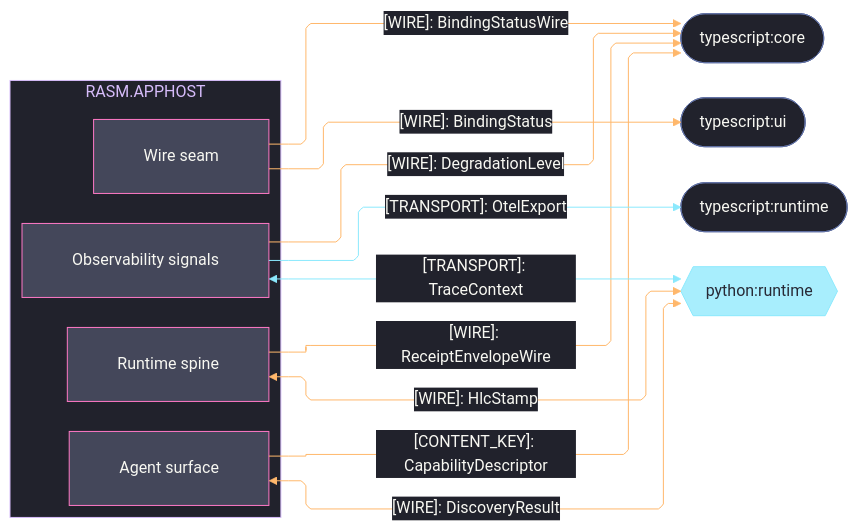
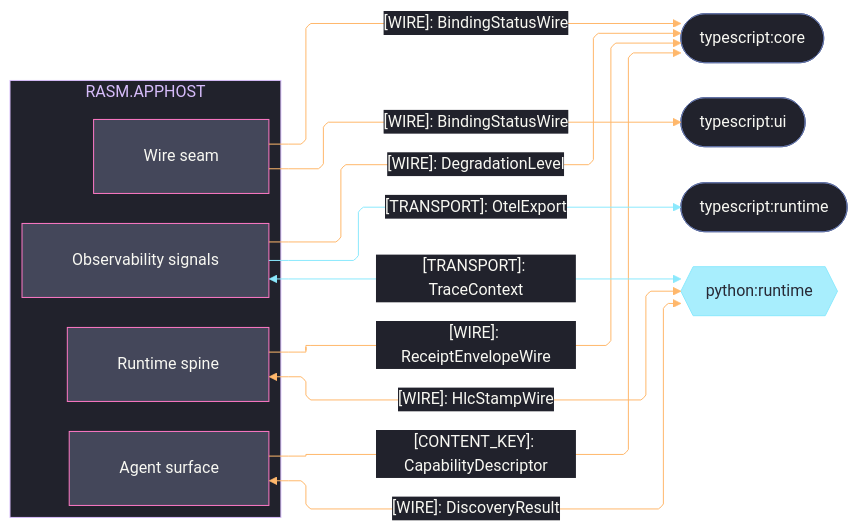
One commit to bsamiee/Rasm changed the second of 4 diagrams in libs/csharp/Rasm.AppHost/ARCHITECTURE.md. Above: the diagram before and after it, drawn with Mermaid. The commit also changed other lines of this file and 24 other files, not shown here.

Commit message:
architecture: seam registries + codemaps aligned across the estate (worker fabric edges, scene rows, csharp/ts seam mirrors)

````diff
--- a/libs/csharp/Rasm.AppHost/ARCHITECTURE.md
+++ b/libs/csharp/Rasm.AppHost/ARCHITECTURE.md
@@ -53,60 +136,60 @@
 ```mermaid
 ---
 config:
   theme: base
   look: classic
   layout: elk
   flowchart:
     curve: linear
     padding: 25
   themeVariables:
     darkMode: true
     fontFamily: "SF Mono, Menlo, Cascadia Mono, Segoe UI Mono, Consolas, monospace"
     useGradient: false
     dropShadow: "none"
     background: "#282A36"
     primaryColor: "#44475A"
     primaryTextColor: "#F8F8F2"
     primaryBorderColor: "#BD93F9"
     lineColor: "#FF79C6"
     textColor: "#F8F8F2"
     clusterBkg: "#21222C"
     clusterBorder: "#D6BCFA"
     edgeLabelBackground: "#21222C"
     labelBackgroundColor: "#21222C"
     titleColor: "#D6BCFA"
   themeCSS: ".nodeLabel{font-size:13px;font-weight:500}.edgeLabel{font-size:12px;font-weight:500}.cluster-label .nodeLabel{font-size:13.5px;font-weight:700;letter-spacing:.08em}.edge-thickness-normal{stroke-width:2px}.edge-thickness-thick{stroke-width:3px}.edge-pattern-dashed,.edge-pattern-dotted{stroke-width:1.5px;stroke-dasharray:4 6}.node rect,.node circle,.node polygon,.node path,.node .outer-path{stroke-width:1.5px;filter:none!important}.cluster rect{stroke-width:1px!important;stroke-dasharray:5 4!important;filter:none!important}.marker path{transform:scale(.8);transform-origin:5px 5px}.marker circle{transform:scale(.48);transform-origin:5px 5px}.edgeLabel rect{transform-box:fill-box;transform-origin:center;transform:scale(1.1,1.2)}"
 ---
 flowchart LR
     accTitle: AppHost cross-runtime wire seams
     accDescr: AppHost sub-domain owners exchanging kinded wires, content keys, and transport with the TypeScript core, ui, and runtime packages and the Python runtime, edge rails colored by kind and nodes classed by seam direction.
     subgraph apphost[RASM.APPHOST]
         Agent[Agent surface]
         Runtime[Runtime spine]
         Wire[Wire seam]
         Observability[Observability signals]
     end
     Core([typescript:core])
     Ui([typescript:ui])
     TsRuntime([typescript:runtime])
     PyRuntime{{python:runtime}}
     Agent e1@-->|"[CONTENT_KEY]: CapabilityDescriptor"| Core
     Runtime e2@-->|"[WIRE]: ReceiptEnvelopeWire"| Core
     Observability e3@-->|"[WIRE]: DegradationLevel"| Core
     Wire e4@-->|"[WIRE]: BindingStatusWire"| Core
-    Wire e5@-->|"[WIRE]: BindingStatus"| Ui
+    Wire e5@-->|"[WIRE]: BindingStatusWire"| Ui
     Observability e6@-->|"[TRANSPORT]: OtelExport"| TsRuntime
     Agent e7@<-->|"[WIRE]: DiscoveryResult"| PyRuntime
     Observability e8@<-->|"[TRANSPORT]: TraceContext"| PyRuntime
-    Runtime e9@<-->|"[WIRE]: HlcStamp"| PyRuntime
+    Runtime e9@<-->|"[WIRE]: HlcStampWire"| PyRuntime
     classDef primary fill:#44475A,stroke:#FF79C6,color:#F8F8F2
     classDef external fill:#8BE9FDBF,stroke:#8BE9FD,color:#282A36
     classDef annotation fill:#21222C,stroke:#6272A4,color:#F8F8F2
     classDef edgeData stroke:#FFB86C,color:#F8F8F2
     classDef edgeExternal stroke:#8BE9FD,color:#F8F8F2
     class Agent,Runtime,Wire,Observability primary
     class PyRuntime external
     class Core,Ui,TsRuntime annotation
     class e1,e2,e3,e4,e5,e7,e9 edgeData
     class e6,e8 edgeExternal
 ```
````
